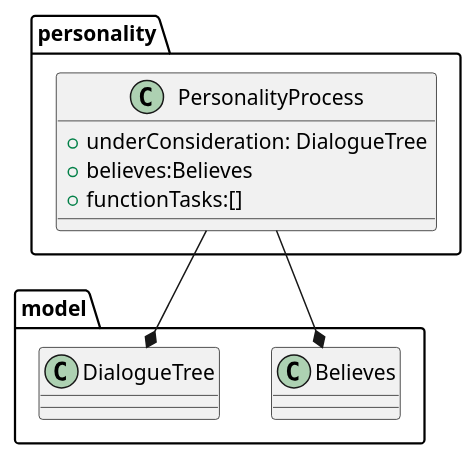
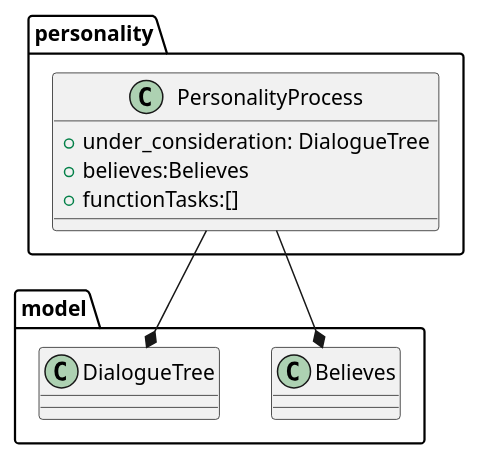
One commit to jappeace/methods-homework changed diagram 17 of 26 in thesis/thesis.org. Above: the diagram before and after it, drawn with PlantUML. The commit also changed other lines of this file, not shown here.

Commit message:
Use the png exports which works

```diff
--- a/thesis/thesis.org
+++ b/thesis/thesis.org
@@ -3500,17 +3491,17 @@
-#+BEGIN_SRC plantuml :cache yes :file img/uml/supportclassperson.svg :exports results
+#+BEGIN_SRC plantuml :cache yes :file img/uml/supportclassperson.png :exports results
 package model{
   class Believes
   class DialogueTree
 }
 
 package personality{
   class PersonalityProcess{
-    +underConsideration: DialogueTree
+    +under_consideration: DialogueTree
     +believes:Believes
     +functionTasks:[]
   }
   PersonalityProcess --* Believes
   PersonalityProcess --* DialogueTree
 }
 
 #+END_SRC
```
